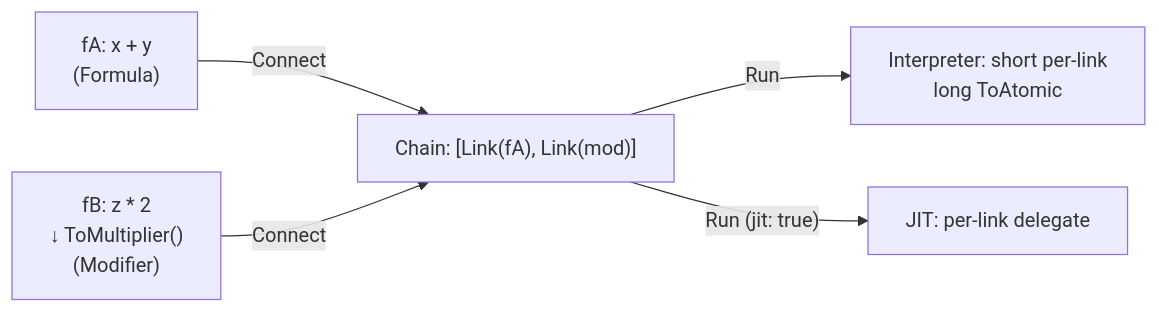
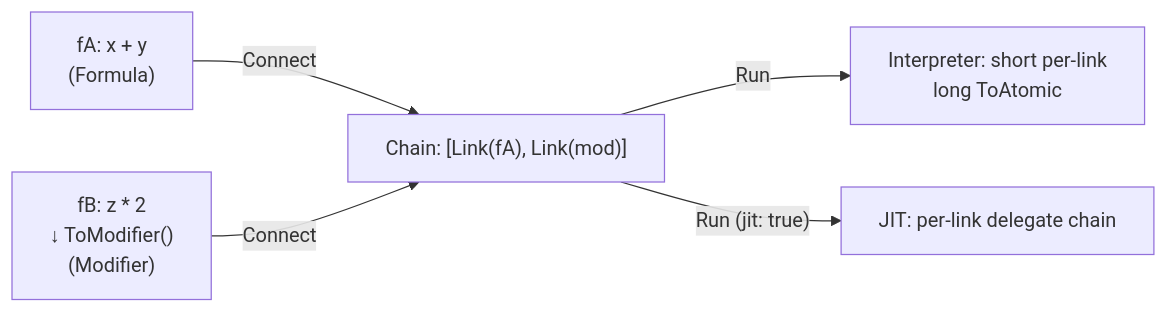
One commit to twds0x13/FluxFormula changed the second of 2 diagrams in docs/en/guide/core-concepts.md. Above: the diagram before and after it, drawn with Mermaid. The commit also changed other lines of this file and 53 other files, not shown here.

````diff
--- a/docs/en/guide/core-concepts.md
+++ b/docs/en/guide/core-concepts.md
@@ -121,7 +111,7 @@
 ```mermaid
 graph LR
     A["fA: x + y<br/>(Formula)"] -->|Connect| C["Chain: [Link(fA), Link(mod)]"]
-    B["fB: z * 2<br/>↓ ToMultiplier()<br/>(Modifier)"] -->|Connect| C
+    B["fB: z * 2<br/>↓ ToModifier()<br/>(Modifier)"] -->|Connect| C
     C -->|"Run"| D["Interpreter: short per-link<br/>long ToAtomic"]
-    C -->|"Run (jit: true)"| E["JIT: per-link delegate"]
+    C -->|"Run (jit: true)"| E["JIT: per-link delegate chain"]
 ```
````
